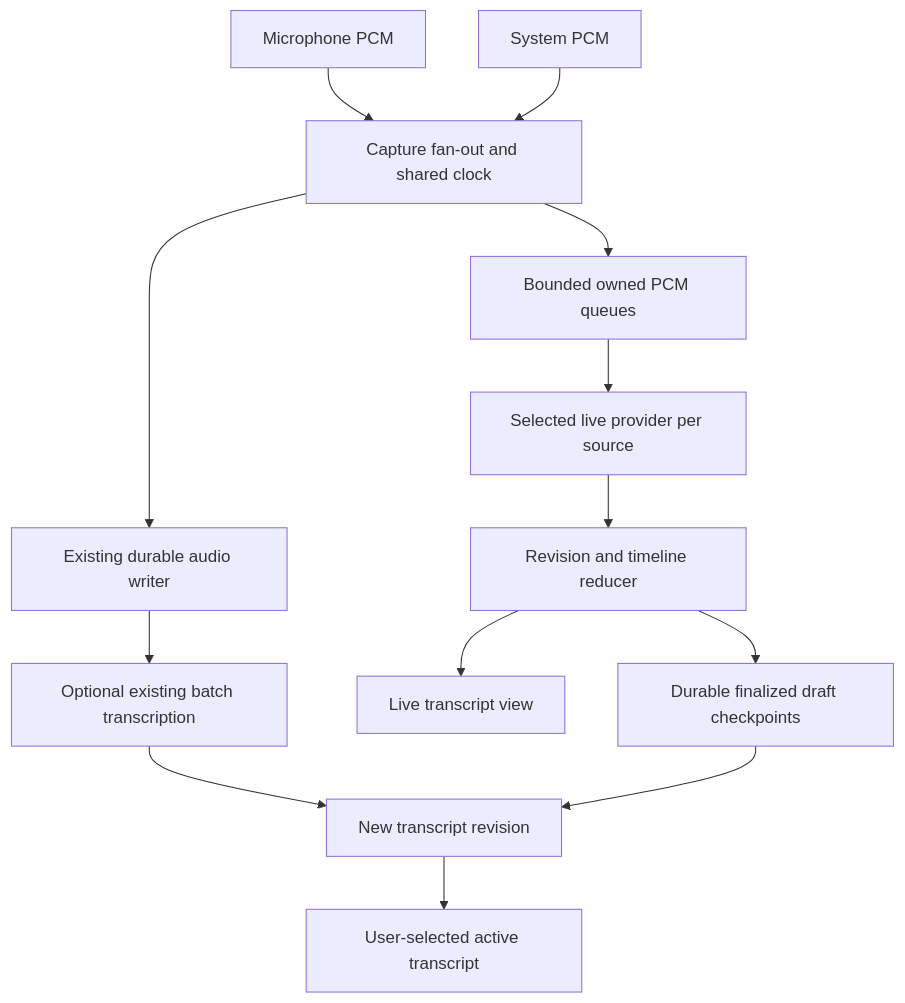
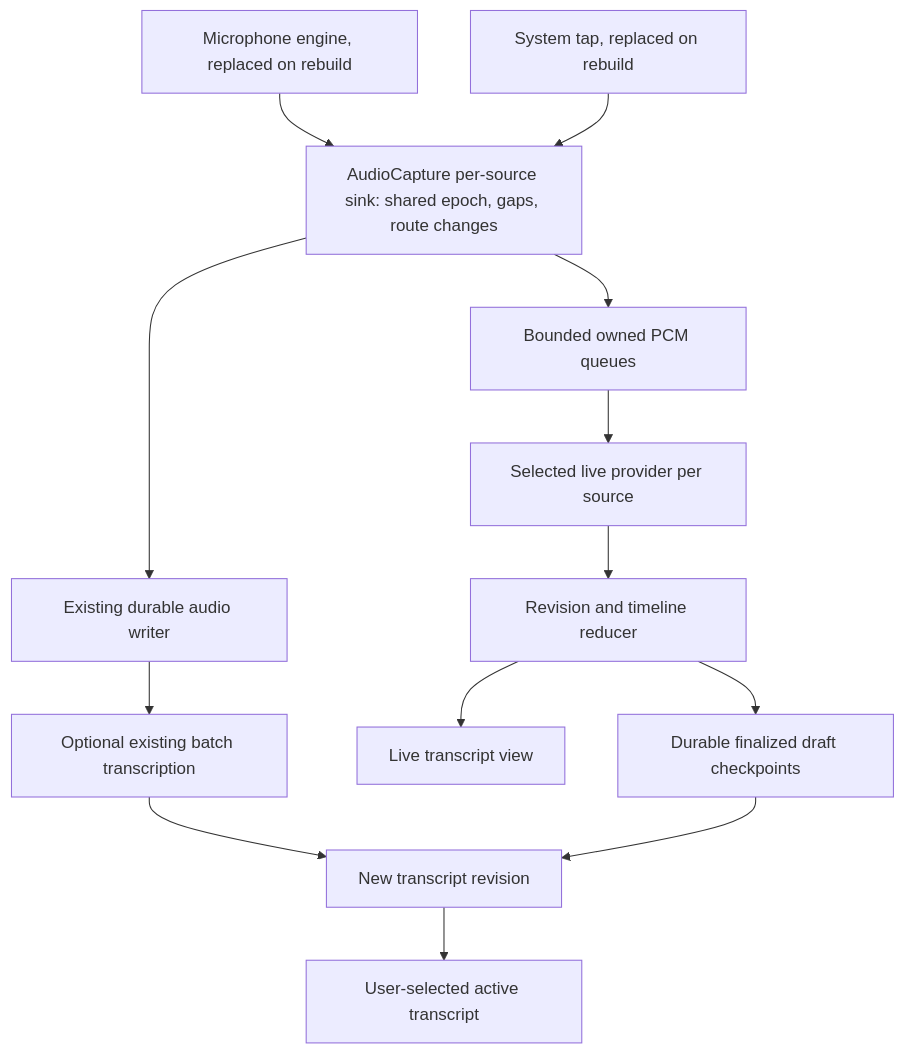
Before and after one commit to rankun203/meeting-notes: the diagram in docs/live-transcription-research.md, drawn with Mermaid. The commit also changed other lines of this file, not shown here.

Commit message:
docs: align live transcription research with current capture architecture

````diff
--- a/docs/live-transcription-research.md
+++ b/docs/live-transcription-research.md
@@ -153,15 +161,15 @@
 ```mermaid
 flowchart TD
-    M[Microphone PCM] --> C[Capture fan-out and shared clock]
-    S[System PCM] --> C
+    M[Microphone engine, replaced on rebuild] --> C["AudioCapture per-source sink: shared epoch, gaps, route changes"]
+    S[System tap, replaced on rebuild] --> C
     C --> W[Existing durable audio writer]
     C --> Q[Bounded owned PCM queues]
     Q --> P[Selected live provider per source]
     P --> R[Revision and timeline reducer]
     R --> U[Live transcript view]
     R --> J[Durable finalized draft checkpoints]
     W --> B[Optional existing batch transcription]
     B --> V[New transcript revision]
     J --> V
     V --> A[User-selected active transcript]
 ```
````
